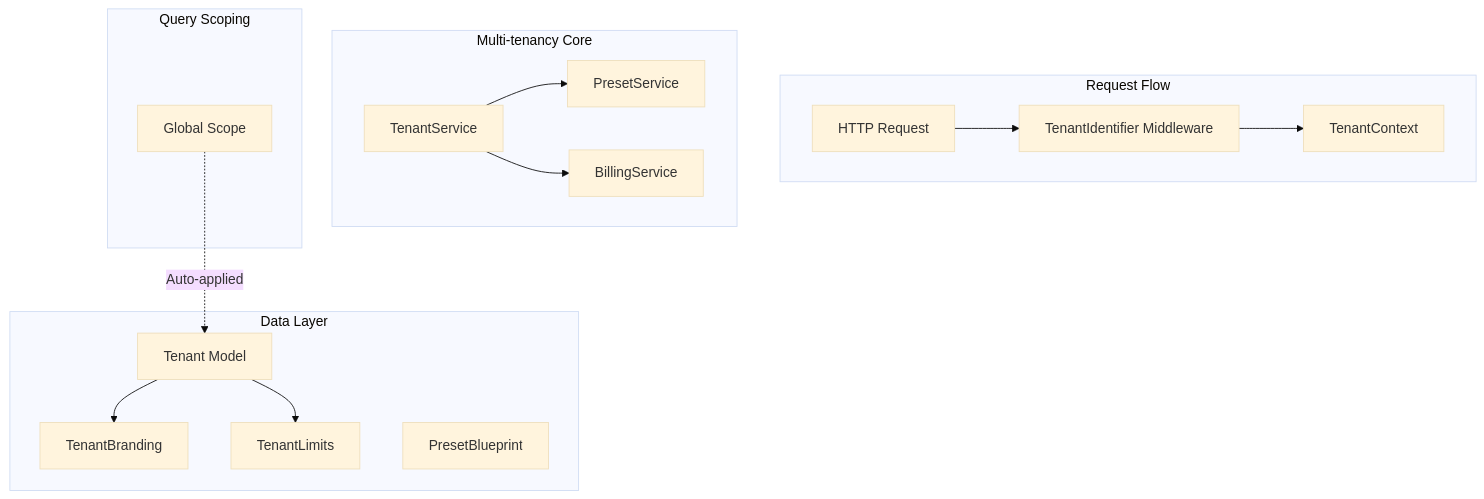
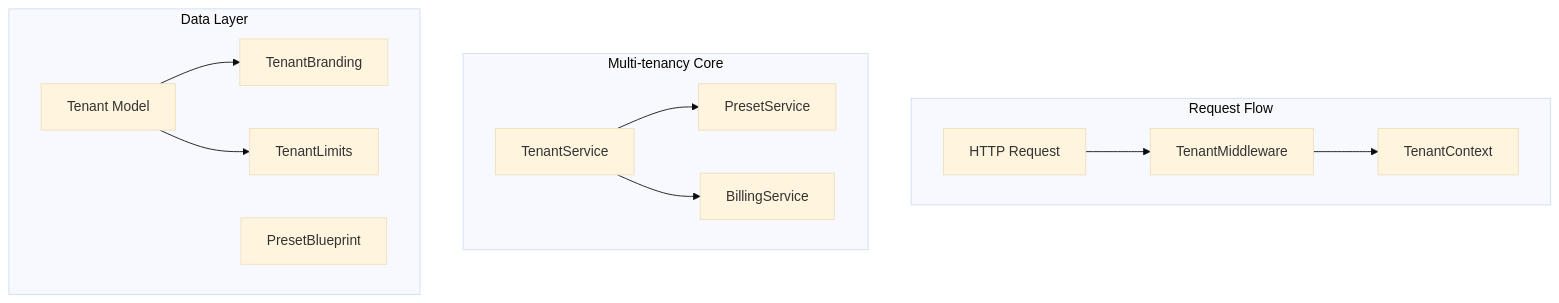
The diagram in .kiro/specs/multi-tenancy/design.md (Wetende/crossview), drawn with Mermaid (base theme) before and after one commit. The commit also changed other lines of this file and 288 other files, not shown here.

First line of the commit message:
feat(crossview): Initialize Django LMS project structure with multi-app architecture

````diff
--- a/.kiro/specs/multi-tenancy/design.md
+++ b/.kiro/specs/multi-tenancy/design.md
@@ -9,32 +11,27 @@
 ```mermaid
 graph TB
     subgraph "Request Flow"
         REQ[HTTP Request]
-        TI[TenantIdentifier Middleware]
+        TI[TenantMiddleware]
         TC[TenantContext]
         REQ --> TI
         TI --> TC
     end
     
     subgraph "Multi-tenancy Core"
         TS[TenantService]
         PS[PresetService]
         BS[BillingService]
         TS --> PS
         TS --> BS
     end
     
     subgraph "Data Layer"
         T[Tenant Model]
         TB[TenantBranding]
         TL[TenantLimits]
         PB[PresetBlueprint]
         T --> TB
         T --> TL
     end
-    
-    subgraph "Query Scoping"
-        GS[Global Scope]
-        GS -.-> |Auto-applied| T
-    end
 ```
````
